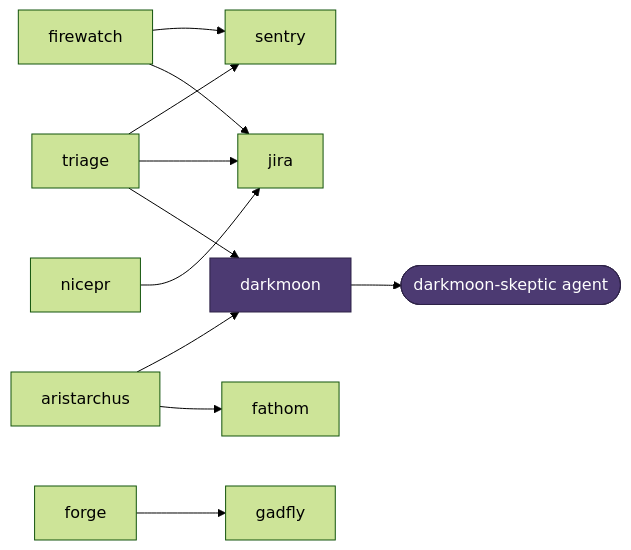
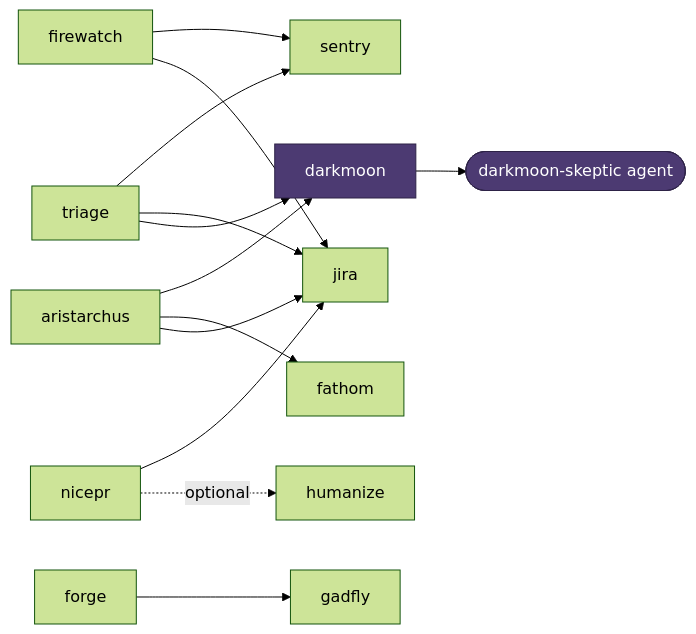
Before and after one commit to sgtlaugh/skills: the diagram in README.md, drawn with Mermaid (forest theme). The commit also changed other lines of this file and 1 other file, not shown here.

Commit message:
docs: correct gate count, hook wording, requirements and diagram edges

````diff
--- a/README.md
+++ b/README.md
@@ -87,16 +87,18 @@
 ```mermaid
 flowchart LR
     triage --> sentry
     triage --> jira
     triage --> darkmoon
     firewatch --> sentry
     firewatch --> jira
     aristarchus --> darkmoon
     aristarchus --> fathom
+    aristarchus --> jira
     forge --> gadfly
     nicepr --> jira
+    nicepr -. optional .-> humanize
     darkmoon --> skeptic([darkmoon-skeptic agent])
 
     classDef verifier fill:#4c3a72,stroke:#2e2347,color:#fff
     class darkmoon,skeptic verifier
 ```
````
